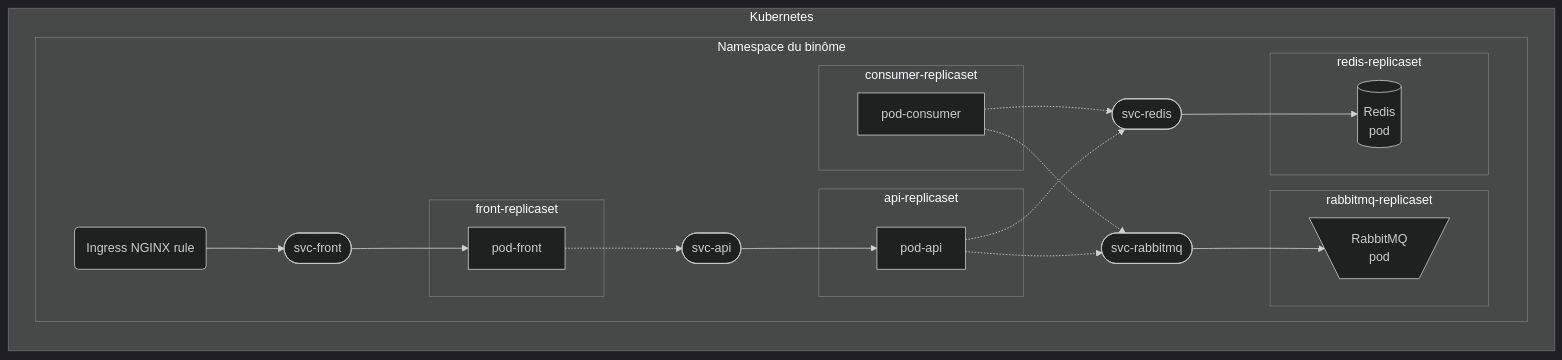
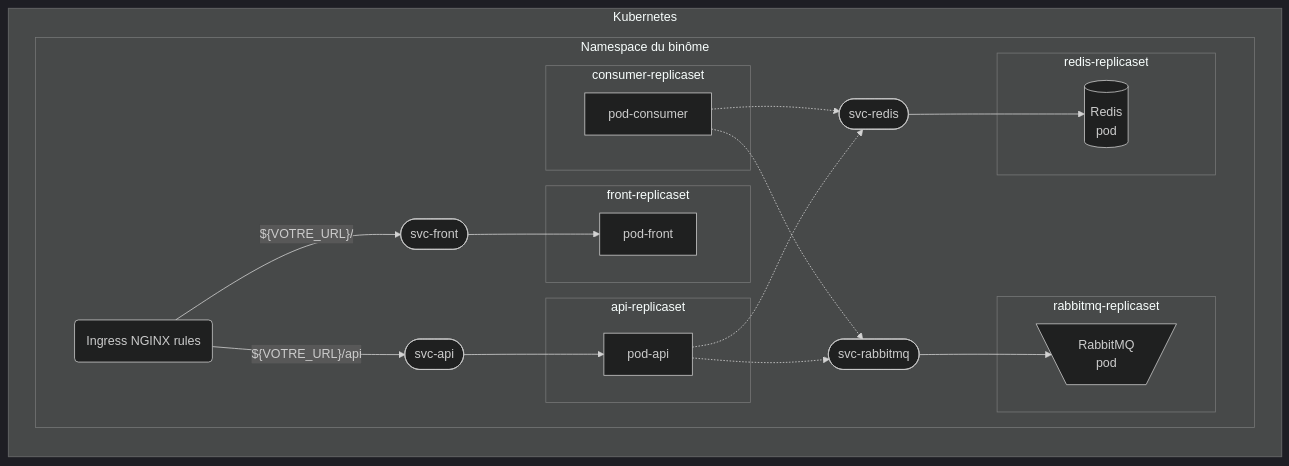
One commit to Noureddine-t/virtualisation-et-cloud-computing changed the third of 5 diagrams in Projet/Sujet.md. Above: the diagram before and after it, drawn with Mermaid (dark theme). The commit also changed other lines of this file, not shown here.

````diff
--- a/Projet/Sujet.md
+++ b/Projet/Sujet.md
@@ -161,34 +161,34 @@
 ```mermaid
  graph LR
     subgraph "Kubernetes"
     subgraph "Namespace du binôme"
     subgraph "front-replicaset"
       pod-front
     end
     subgraph "api-replicaset"
       pod-api
     end
     subgraph "redis-replicaset"
       pod-redis[("Redis
                   pod")]
     end
     subgraph "rabbitmq-replicaset"
       pod-rabbitmq[\" RabbitMQ
                       pod"/]
     end
     subgraph "consumer-replicaset"
       pod-consumer
     end
-    svc-front([svc-front]) --> pod-front
     svc-api([svc-api]) --> pod-api
     svc-redis([svc-redis]) --> pod-redis
     svc-rabbitmq([svc-rabbitmq]) --> pod-rabbitmq
     pod-consumer -.-> svc-rabbitmq
     pod-consumer -.-> svc-redis
-    pod-front -.-> svc-api
     pod-api -.-> svc-redis
     pod-api -.-> svc-rabbitmq
-    ing(Ingress NGINX rule) --> svc-front
+    ing -->|"${VOTRE_URL}/api"| svc-api
+    ing(Ingress NGINX rules) -->|"${VOTRE_URL}/"| svc-front
+    svc-front([svc-front]) --> pod-front
     end
     end
 ```
````
